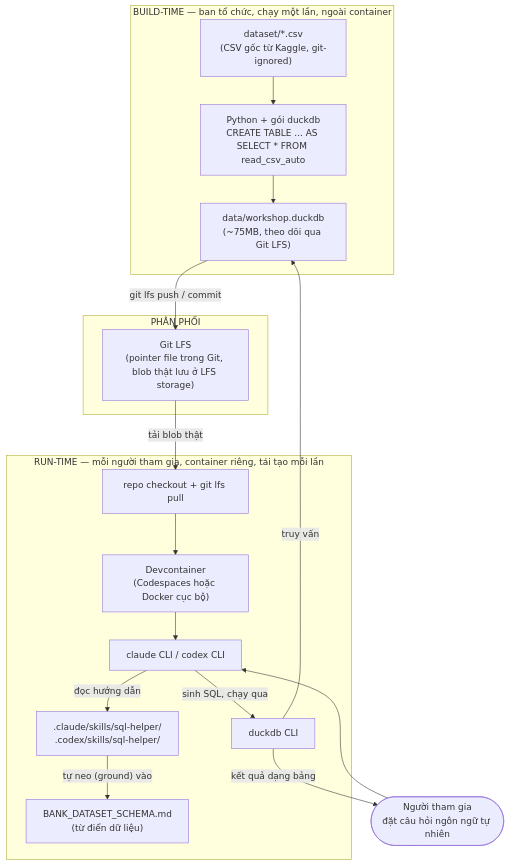
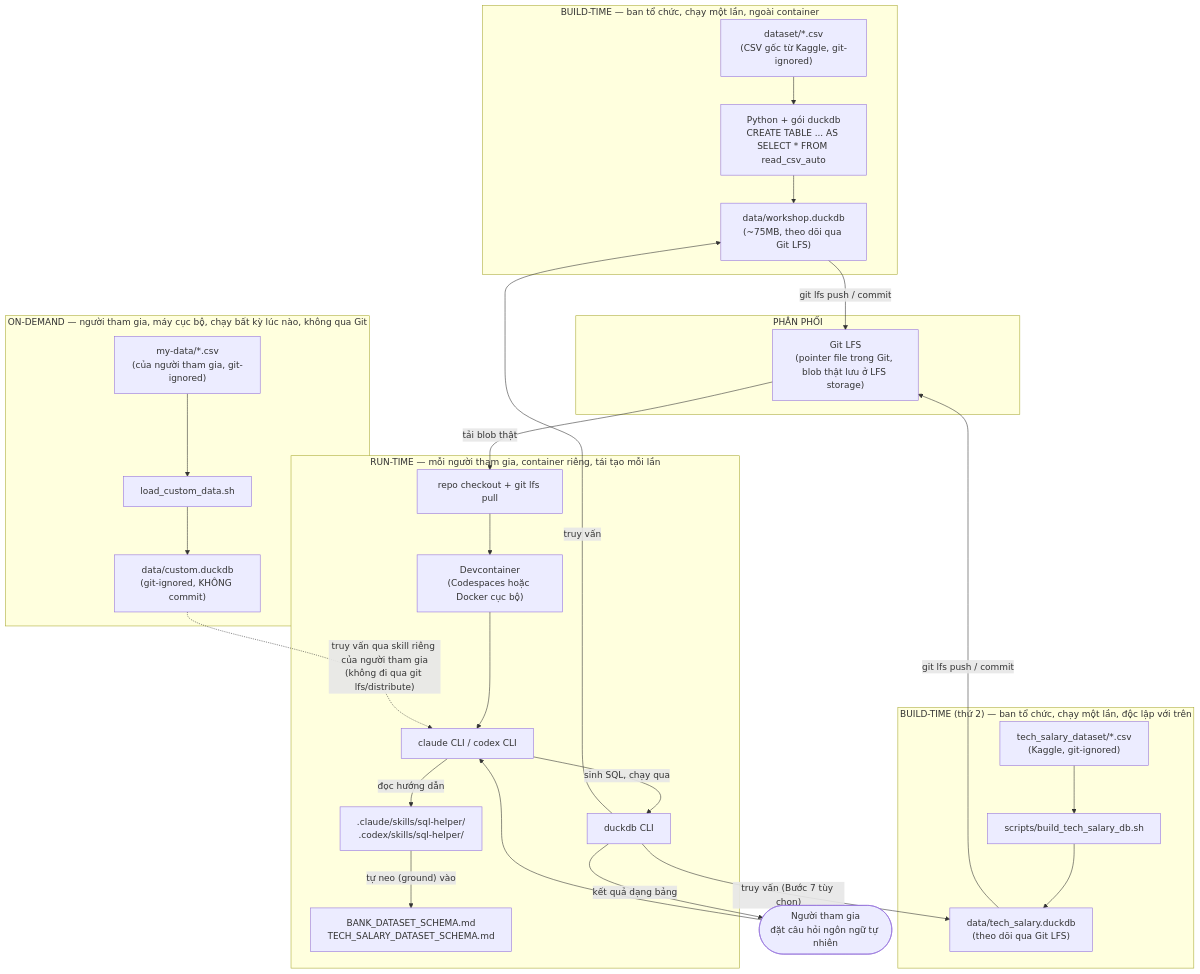
One commit to QuanPham99/CB_Txt2Sql changed the first of 3 diagrams in docs/architecture/ARCHITECTURE.md. Above: the diagram before and after it, drawn with Mermaid. The commit also changed other lines of this file and 16 other files, not shown here.

First line of the commit message:
Add second preloaded dataset (tech-salary) and local custom-CSV track

````diff
--- a/docs/architecture/ARCHITECTURE.md
+++ b/docs/architecture/ARCHITECTURE.md
@@ -20,33 +20,50 @@
 ```mermaid
 flowchart TB
     subgraph build["BUILD-TIME — ban tổ chức, chạy một lần, ngoài container"]
         csv["dataset/*.csv\n(CSV gốc từ Kaggle, git-ignored)"]
         script["Python + gói duckdb\nCREATE TABLE ... AS SELECT * FROM read_csv_auto"]
         db["data/workshop.duckdb\n(~75MB, theo dõi qua Git LFS)"]
         csv --> script --> db
     end
 
+    subgraph build2["BUILD-TIME (thứ 2) — ban tổ chức, chạy một lần, độc lập với trên"]
+        tcsv["tech_salary_dataset/*.csv\n(Kaggle, git-ignored)"]
+        tscript["scripts/build_tech_salary_db.sh"]
+        tdb["data/tech_salary.duckdb\n(theo dõi qua Git LFS)"]
+        tcsv --> tscript --> tdb
+    end
+
     subgraph distribute["PHÂN PHỐI"]
         lfs["Git LFS\n(pointer file trong Git, blob thật lưu ở LFS storage)"]
         db -->|"git lfs push / commit"| lfs
+        tdb -->|"git lfs push / commit"| lfs
     end
 
     subgraph runtime["RUN-TIME — mỗi người tham gia, container riêng, tái tạo mỗi lần"]
         checkout["repo checkout + git lfs pull"]
         container["Devcontainer\n(Codespaces hoặc Docker cục bộ)"]
         skills[".claude/skills/sql-helper/\n.codex/skills/sql-helper/"]
-        schema["BANK_DATASET_SCHEMA.md\n(từ điển dữ liệu)"]
+        schema["BANK_DATASET_SCHEMA.md\nTECH_SALARY_DATASET_SCHEMA.md"]
         clis["claude CLI  /  codex CLI"]
         duckcli["duckdb CLI"]
 
         lfs -->|"tải blob thật"| checkout --> container
         container --> clis
         clis -->|"đọc hướng dẫn"| skills
         skills -->|"tự neo (ground) vào"| schema
         clis -->|"sinh SQL, chạy qua"| duckcli
         duckcli -->|"truy vấn"| db
+        duckcli -->|"truy vấn (Bước 7 tùy chọn)"| tdb
+    end
+
+    subgraph ondemand["ON-DEMAND — người tham gia, máy cục bộ, chạy bất kỳ lúc nào, không qua Git"]
+        mydata["my-data/*.csv\n(của người tham gia, git-ignored)"]
+        loadscript["load_custom_data.sh"]
+        cdb["data/custom.duckdb\n(git-ignored, KHÔNG commit)"]
+        mydata --> loadscript --> cdb
     end
 
     user(["Người tham gia\nđặt câu hỏi ngôn ngữ tự nhiên"]) --> clis
     duckcli -->|"kết quả dạng bảng"| user
+    cdb -.->|"truy vấn qua skill riêng của người tham gia\n(không đi qua git lfs/distribute)"| clis
 ```
````
